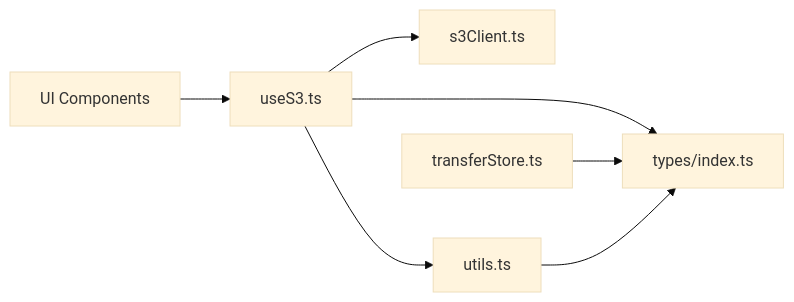
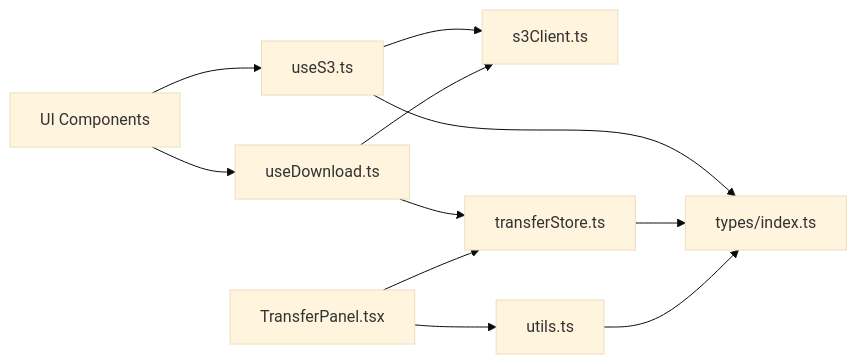
One commit to nasrulhadi/s3-explorer changed the ninth of 12 diagrams in .qoder/repowiki/en/content/Core Features/File Operations.md. Above: the diagram before and after it, drawn with Mermaid (base theme). The commit also changed other lines of this file and 44 other files, not shown here.

First line of the commit message:
feat(ui): introduce comprehensive UI component system with TransferPanel and AddConnectionModal

````diff
--- a/.qoder/repowiki/en/content/Core Features/File Operations.md
+++ b/.qoder/repowiki/en/content/Core Features/File Operations.md
@@ -311,9 +442,13 @@
 ```mermaid
 graph LR
 UI["UI Components"] --> useS3["useS3.ts"]
+UI --> useDownload["useDownload.ts"]
 useS3 --> s3Client["s3Client.ts"]
+useDownload --> s3Client
 useS3 --> types["types/index.ts"]
-useS3 --> utils["utils.ts"]
-transferStore["transferStore.ts"] --> types
+useDownload --> transferStore["transferStore.ts"]
+transferStore --> types
+TransferPanel["TransferPanel.tsx"] --> transferStore
+TransferPanel --> utils["utils.ts"]
 utils --> types
 ```
````
